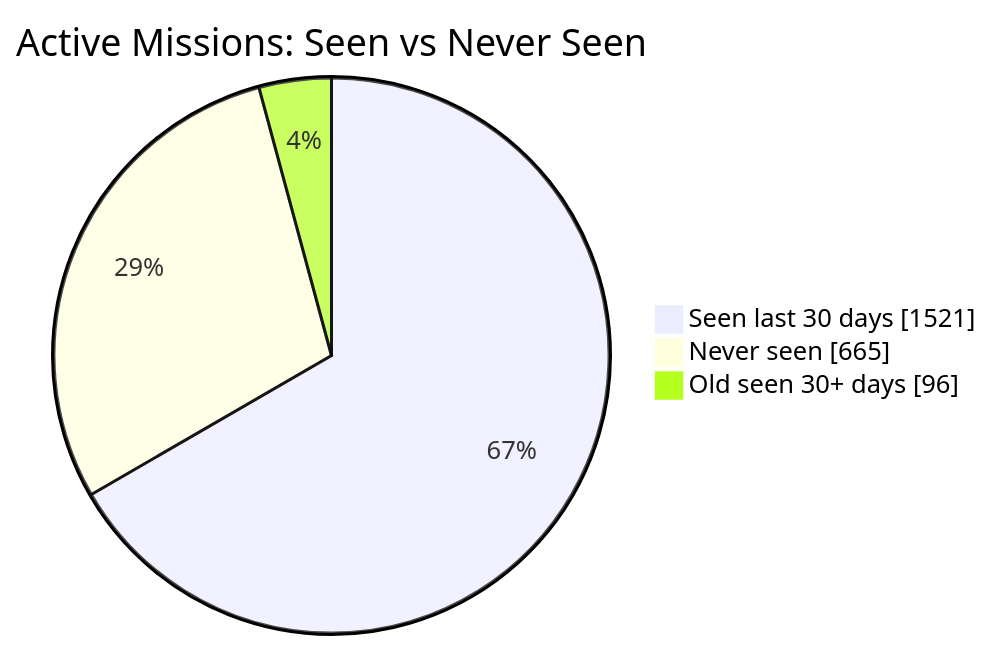
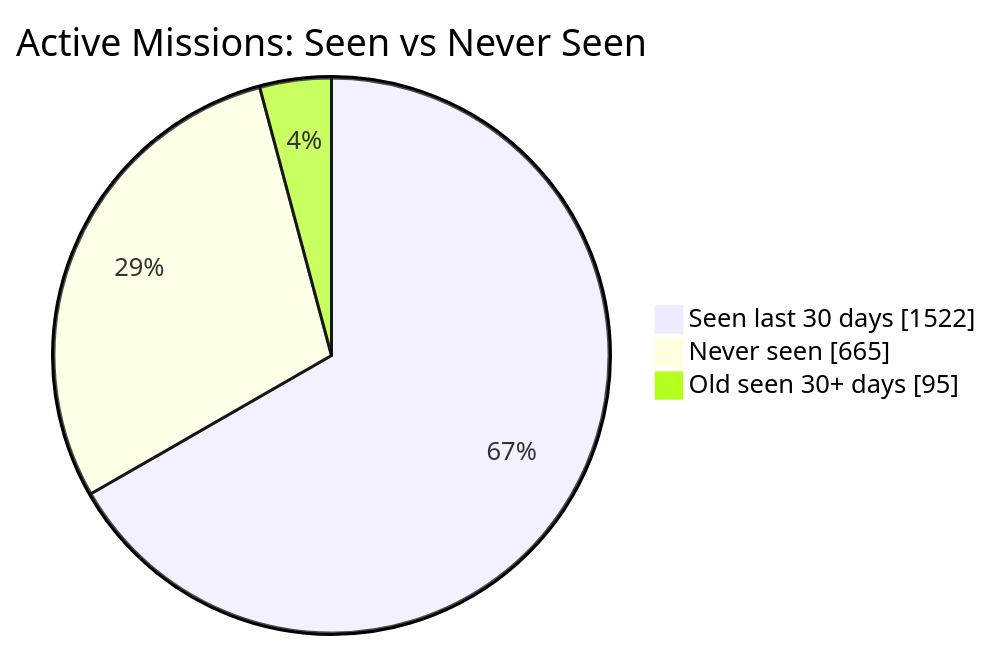
The first of 2 diagrams in README.md (MeldkamerspelGameTeam/active-missions), drawn with Mermaid before and after one commit. The commit also changed other lines of this file and 2 other files, not shown here.

````diff
--- a/README.md
+++ b/README.md
@@ -34,7 +34,7 @@
 ```mermaid
 pie showData
     title Active Missions: Seen vs Never Seen
-    "Seen last 30 days" : 1521
+    "Seen last 30 days" : 1522
     "Never seen" : 665
-    "Old seen 30+ days" : 96
+    "Old seen 30+ days" : 95
 ```
````
